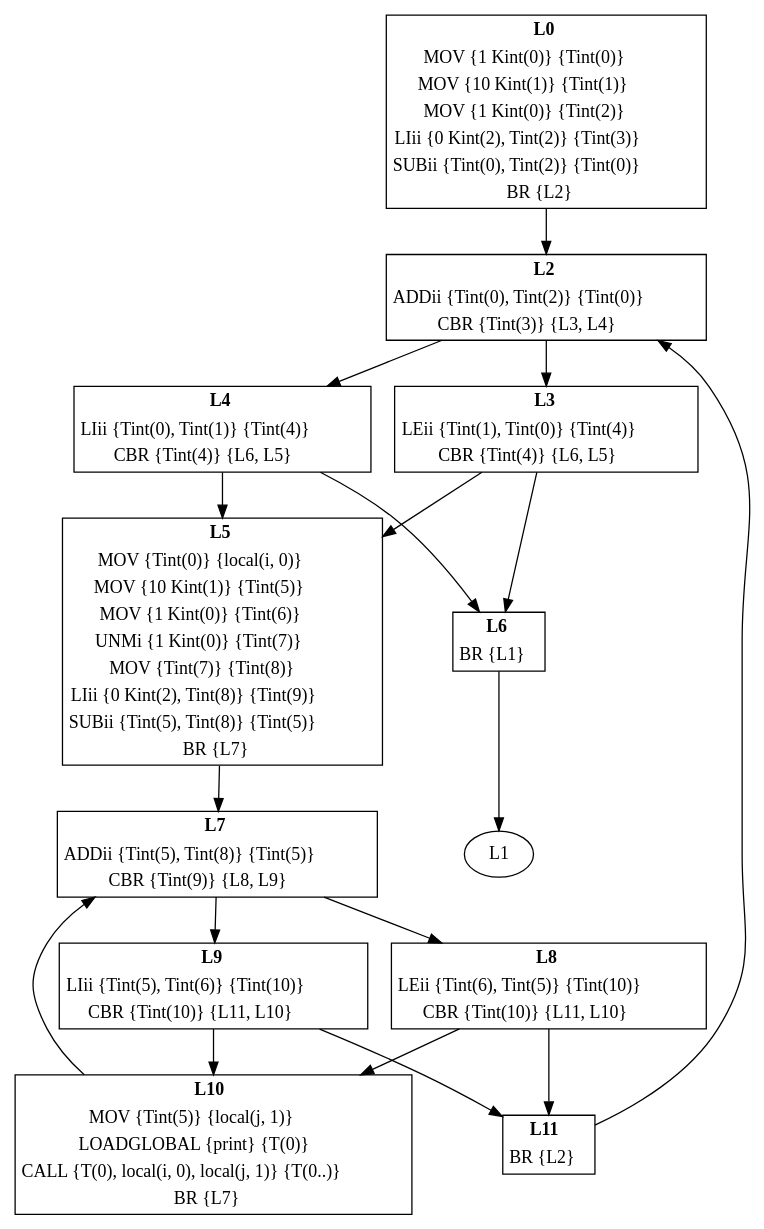
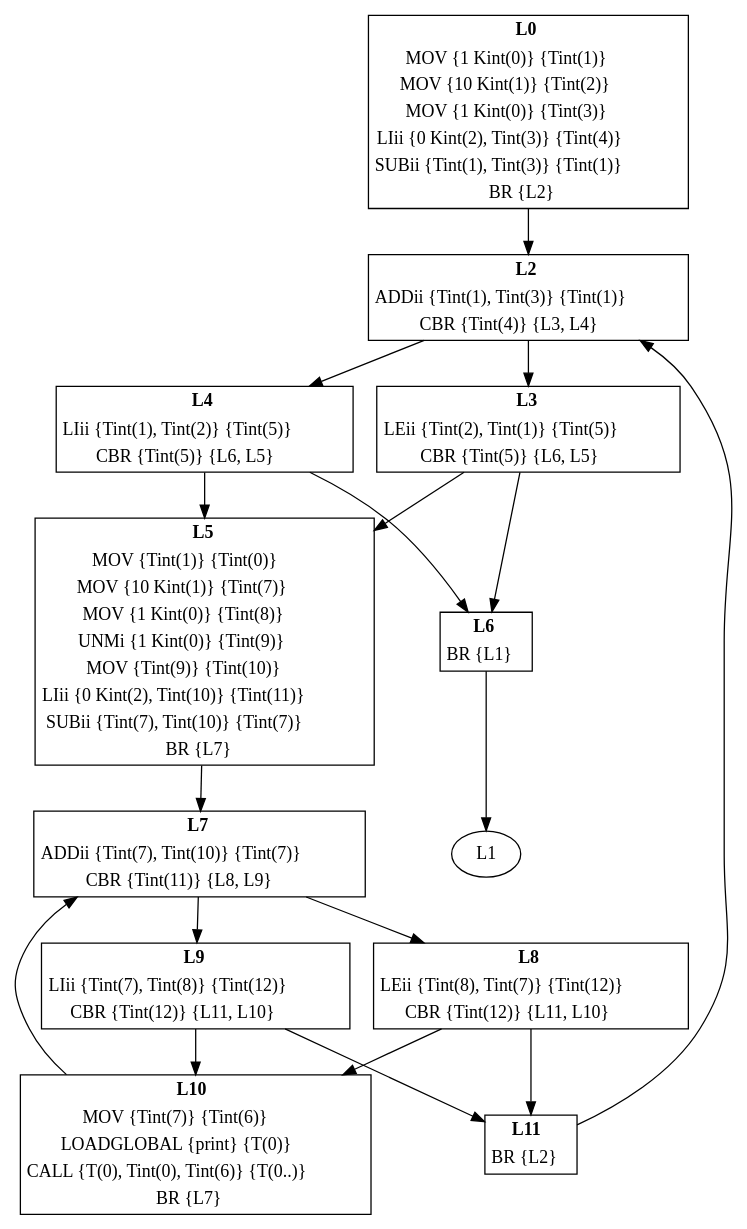
One commit to dibyendumajumdar/ravi-compiler changed the diagram in docs/cfg/for2.gv. Above: the diagram before and after it, drawn with Graphviz. The commit also changed 11 other files, not shown here.

```diff
--- a/docs/cfg/for2.gv
+++ b/docs/cfg/for2.gv
@@ -1,84 +1,84 @@
 digraph Proc1 {
 L0 [shape=none, margin=0, label=<<TABLE BORDER="1" CELLBORDER="0">
 <TR><TD><B>L0</B></TD></TR>
-<TR><TD>MOV {1 Kint(0)} {Tint(0)}</TD></TR>
-<TR><TD>MOV {10 Kint(1)} {Tint(1)}</TD></TR>
-<TR><TD>MOV {1 Kint(0)} {Tint(2)}</TD></TR>
-<TR><TD>LIii {0 Kint(2), Tint(2)} {Tint(3)}</TD></TR>
-<TR><TD>SUBii {Tint(0), Tint(2)} {Tint(0)}</TD></TR>
+<TR><TD>MOV {1 Kint(0)} {Tint(1)}</TD></TR>
+<TR><TD>MOV {10 Kint(1)} {Tint(2)}</TD></TR>
+<TR><TD>MOV {1 Kint(0)} {Tint(3)}</TD></TR>
+<TR><TD>LIii {0 Kint(2), Tint(3)} {Tint(4)}</TD></TR>
+<TR><TD>SUBii {Tint(1), Tint(3)} {Tint(1)}</TD></TR>
 <TR><TD>BR {L2}</TD></TR>
 </TABLE>>];
 L0 -> L2
 L2 [shape=none, margin=0, label=<<TABLE BORDER="1" CELLBORDER="0">
 <TR><TD><B>L2</B></TD></TR>
-<TR><TD>ADDii {Tint(0), Tint(2)} {Tint(0)}</TD></TR>
-<TR><TD>CBR {Tint(3)} {L3, L4}</TD></TR>
+<TR><TD>ADDii {Tint(1), Tint(3)} {Tint(1)}</TD></TR>
+<TR><TD>CBR {Tint(4)} {L3, L4}</TD></TR>
 </TABLE>>];
 L2 -> L3
 L2 -> L4
 L3 [shape=none, margin=0, label=<<TABLE BORDER="1" CELLBORDER="0">
 <TR><TD><B>L3</B></TD></TR>
-<TR><TD>LEii {Tint(1), Tint(0)} {Tint(4)}</TD></TR>
-<TR><TD>CBR {Tint(4)} {L6, L5}</TD></TR>
+<TR><TD>LEii {Tint(2), Tint(1)} {Tint(5)}</TD></TR>
+<TR><TD>CBR {Tint(5)} {L6, L5}</TD></TR>
 </TABLE>>];
 L3 -> L6
 L3 -> L5
 L4 [shape=none, margin=0, label=<<TABLE BORDER="1" CELLBORDER="0">
 <TR><TD><B>L4</B></TD></TR>
-<TR><TD>LIii {Tint(0), Tint(1)} {Tint(4)}</TD></TR>
-<TR><TD>CBR {Tint(4)} {L6, L5}</TD></TR>
+<TR><TD>LIii {Tint(1), Tint(2)} {Tint(5)}</TD></TR>
+<TR><TD>CBR {Tint(5)} {L6, L5}</TD></TR>
 </TABLE>>];
 L4 -> L6
 L4 -> L5
 L5 [shape=none, margin=0, label=<<TABLE BORDER="1" CELLBORDER="0">
 <TR><TD><B>L5</B></TD></TR>
-<TR><TD>MOV {Tint(0)} {local(i, 0)}</TD></TR>
-<TR><TD>MOV {10 Kint(1)} {Tint(5)}</TD></TR>
-<TR><TD>MOV {1 Kint(0)} {Tint(6)}</TD></TR>
-<TR><TD>UNMi {1 Kint(0)} {Tint(7)}</TD></TR>
-<TR><TD>MOV {Tint(7)} {Tint(8)}</TD></TR>
-<TR><TD>LIii {0 Kint(2), Tint(8)} {Tint(9)}</TD></TR>
-<TR><TD>SUBii {Tint(5), Tint(8)} {Tint(5)}</TD></TR>
+<TR><TD>MOV {Tint(1)} {Tint(0)}</TD></TR>
+<TR><TD>MOV {10 Kint(1)} {Tint(7)}</TD></TR>
+<TR><TD>MOV {1 Kint(0)} {Tint(8)}</TD></TR>
+<TR><TD>UNMi {1 Kint(0)} {Tint(9)}</TD></TR>
+<TR><TD>MOV {Tint(9)} {Tint(10)}</TD></TR>
+<TR><TD>LIii {0 Kint(2), Tint(10)} {Tint(11)}</TD></TR>
+<TR><TD>SUBii {Tint(7), Tint(10)} {Tint(7)}</TD></TR>
 <TR><TD>BR {L7}</TD></TR>
 </TABLE>>];
 L5 -> L7
 L6 [shape=none, margin=0, label=<<TABLE BORDER="1" CELLBORDER="0">
 <TR><TD><B>L6</B></TD></TR>
 <TR><TD>BR {L1}</TD></TR>
 </TABLE>>];
 L6 -> L1
 L7 [shape=none, margin=0, label=<<TABLE BORDER="1" CELLBORDER="0">
 <TR><TD><B>L7</B></TD></TR>
-<TR><TD>ADDii {Tint(5), Tint(8)} {Tint(5)}</TD></TR>
-<TR><TD>CBR {Tint(9)} {L8, L9}</TD></TR>
+<TR><TD>ADDii {Tint(7), Tint(10)} {Tint(7)}</TD></TR>
+<TR><TD>CBR {Tint(11)} {L8, L9}</TD></TR>
 </TABLE>>];
 L7 -> L8
 L7 -> L9
 L8 [shape=none, margin=0, label=<<TABLE BORDER="1" CELLBORDER="0">
 <TR><TD><B>L8</B></TD></TR>
-<TR><TD>LEii {Tint(6), Tint(5)} {Tint(10)}</TD></TR>
-<TR><TD>CBR {Tint(10)} {L11, L10}</TD></TR>
+<TR><TD>LEii {Tint(8), Tint(7)} {Tint(12)}</TD></TR>
+<TR><TD>CBR {Tint(12)} {L11, L10}</TD></TR>
 </TABLE>>];
 L8 -> L11
 L8 -> L10
 L9 [shape=none, margin=0, label=<<TABLE BORDER="1" CELLBORDER="0">
 <TR><TD><B>L9</B></TD></TR>
-<TR><TD>LIii {Tint(5), Tint(6)} {Tint(10)}</TD></TR>
-<TR><TD>CBR {Tint(10)} {L11, L10}</TD></TR>
+<TR><TD>LIii {Tint(7), Tint(8)} {Tint(12)}</TD></TR>
+<TR><TD>CBR {Tint(12)} {L11, L10}</TD></TR>
 </TABLE>>];
 L9 -> L11
 L9 -> L10
 L10 [shape=none, margin=0, label=<<TABLE BORDER="1" CELLBORDER="0">
 <TR><TD><B>L10</B></TD></TR>
-<TR><TD>MOV {Tint(5)} {local(j, 1)}</TD></TR>
+<TR><TD>MOV {Tint(7)} {Tint(6)}</TD></TR>
 <TR><TD>LOADGLOBAL {print} {T(0)}</TD></TR>
-<TR><TD>CALL {T(0), local(i, 0), local(j, 1)} {T(0..)}</TD></TR>
+<TR><TD>CALL {T(0), Tint(0), Tint(6)} {T(0..)}</TD></TR>
 <TR><TD>BR {L7}</TD></TR>
 </TABLE>>];
 L10 -> L7
 L11 [shape=none, margin=0, label=<<TABLE BORDER="1" CELLBORDER="0">
 <TR><TD><B>L11</B></TD></TR>
 <TR><TD>BR {L2}</TD></TR>
 </TABLE>>];
 L11 -> L2
 }
```
